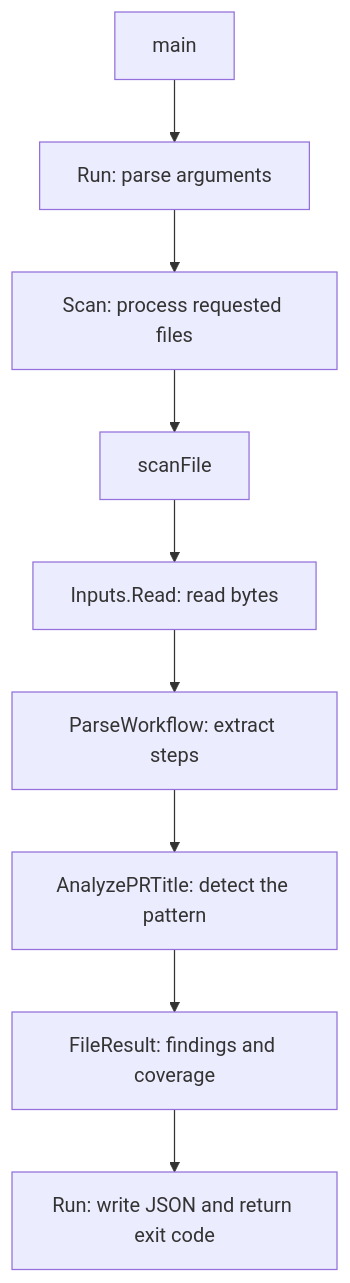
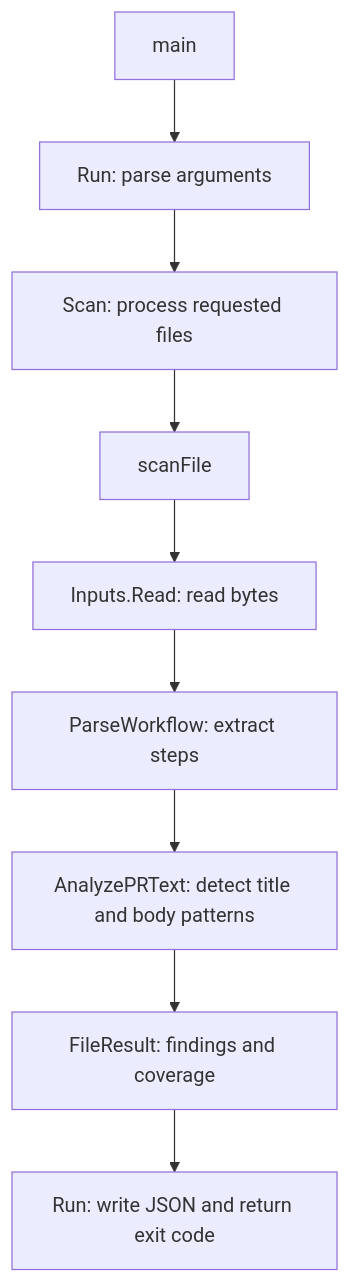
One commit to zorosz/workflow-hardener changed the diagram in docs/ARCHITECTURE.md. Above: the diagram before and after it, drawn with Mermaid. The commit also changed other lines of this file and 16 other files, not shown here.

Commit message:
Add PR-body interpolation rule WH-R002

````diff
--- a/docs/ARCHITECTURE.md
+++ b/docs/ARCHITECTURE.md
@@ -5,11 +5,11 @@
 ```mermaid
 flowchart TD
     MAIN[main] --> CLI[Run: parse arguments]
     CLI --> SCAN[Scan: process requested files]
     SCAN --> ONE[scanFile]
     ONE --> READ[Inputs.Read: read bytes]
     READ --> PARSE[ParseWorkflow: extract steps]
-    PARSE --> RULE[AnalyzePRTitle: detect the pattern]
+    PARSE --> RULE[AnalyzePRText: detect title and body patterns]
     RULE --> RESULT[FileResult: findings and coverage]
     RESULT --> REPORT[Run: write JSON and return exit code]
 ```
````
